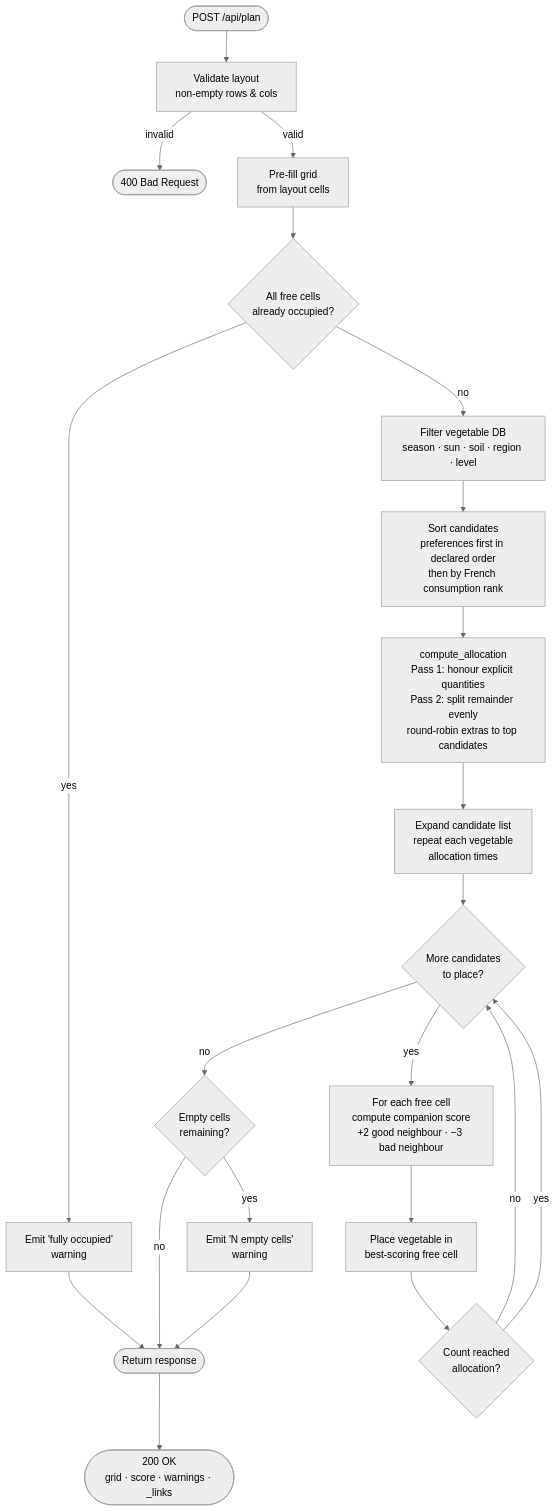
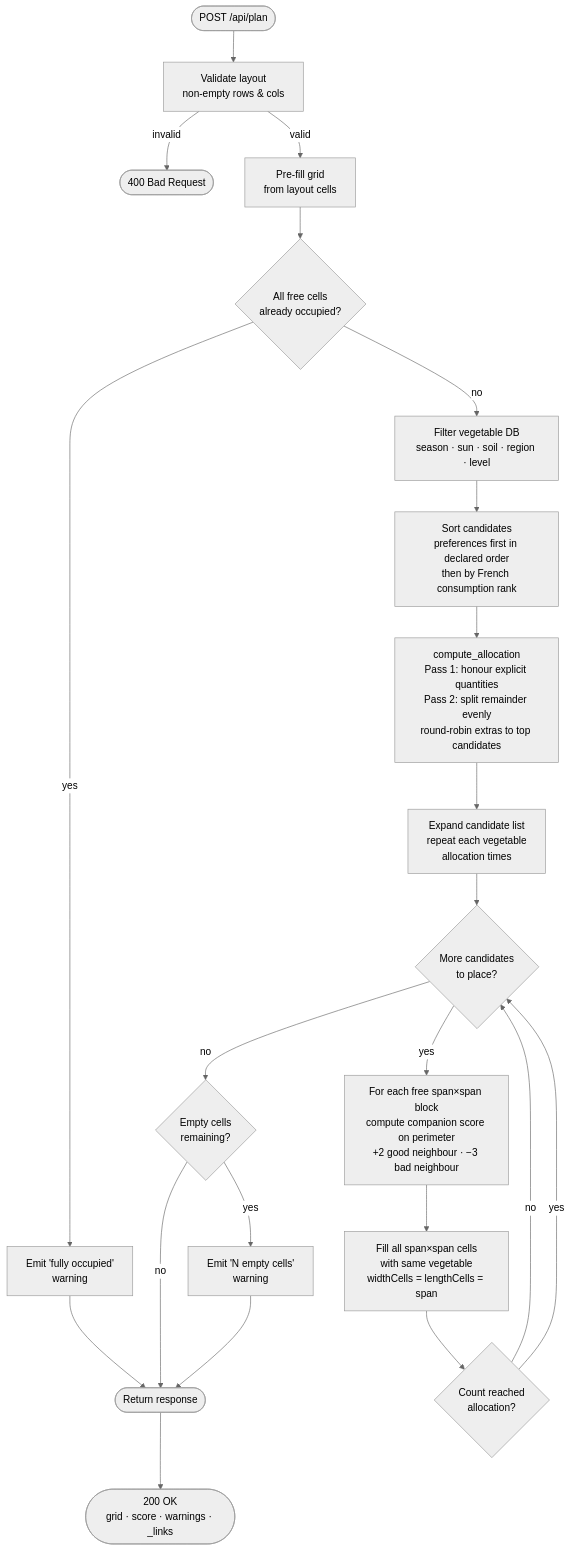
The diagram in README.md (sbailleul/garden), drawn with Mermaid (neutral theme) before and after one commit. The commit also changed other lines of this file and 3 other files, not shown here.

````diff
--- a/README.md
+++ b/README.md
@@ -239,24 +241,24 @@
 ```mermaid
 flowchart TD
     A([POST /api/plan]) --> B[Validate layout<br/>non-empty rows & cols]
     B -->|invalid| ERR([400 Bad Request])
     B -->|valid| C[Pre-fill grid<br/>from layout cells]
     C --> D{All free cells<br/>already occupied?}
     D -->|yes| WARN[Emit 'fully occupied'<br/>warning]
     WARN --> RESP([Return response])
     D -->|no| E[Filter vegetable DB<br/>season · sun · soil · region · level]
     E --> F[Sort candidates<br/>preferences first in declared order<br/>then by French consumption rank]
     F --> G[compute_allocation<br/>Pass 1: honour explicit quantities<br/>Pass 2: split remainder evenly<br/>round-robin extras to top candidates]
     G --> H[Expand candidate list<br/>repeat each vegetable<br/>allocation times]
     H --> I{More candidates<br/>to place?}
     I -->|no| J{Empty cells<br/>remaining?}
-    I -->|yes| K[For each free cell<br/>compute companion score<br/>+2 good neighbour · −3 bad neighbour]
-    K --> L[Place vegetable in<br/>best-scoring free cell]
+    I -->|yes| K[For each free span×span block<br/>compute companion score on perimeter<br/>+2 good neighbour · −3 bad neighbour]
+    K --> L[Fill all span×span cells<br/>with same vegetable<br/>widthCells = lengthCells = span]
     L --> M{Count reached<br/>allocation?}
     M -->|no| I
     M -->|yes| I
     J -->|yes| N[Emit 'N empty cells'<br/>warning]
     J -->|no| RESP
     N --> RESP
     RESP --> O([200 OK<br/>grid · score · warnings · _links])
 ```
````
